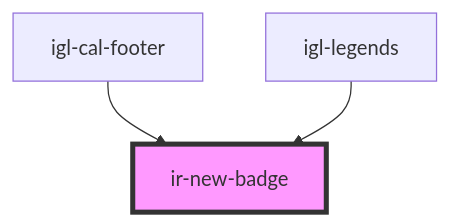
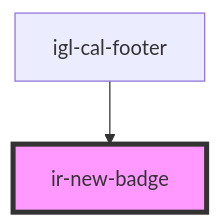
One commit to RonyRizk/ir-webcmp changed the diagram in src/components/ir-new-badge/readme.md. Above: the diagram before and after it, drawn with Mermaid. The commit also changed other lines of this file and 235 other files, not shown here.

````diff
--- a/src/components/ir-new-badge/readme.md
+++ b/src/components/ir-new-badge/readme.md
@@ -16,6 +15,5 @@
 ```mermaid
 graph TD;
   igl-cal-footer --> ir-new-badge
-  igl-legends --> ir-new-badge
   style ir-new-badge fill:#f9f,stroke:#333,stroke-width:4px
 ```
````
